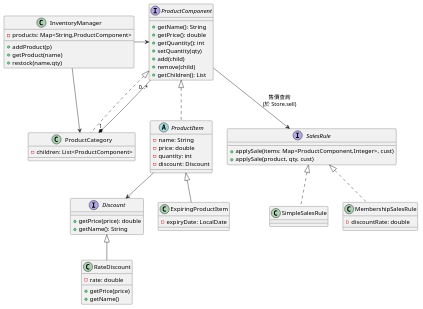
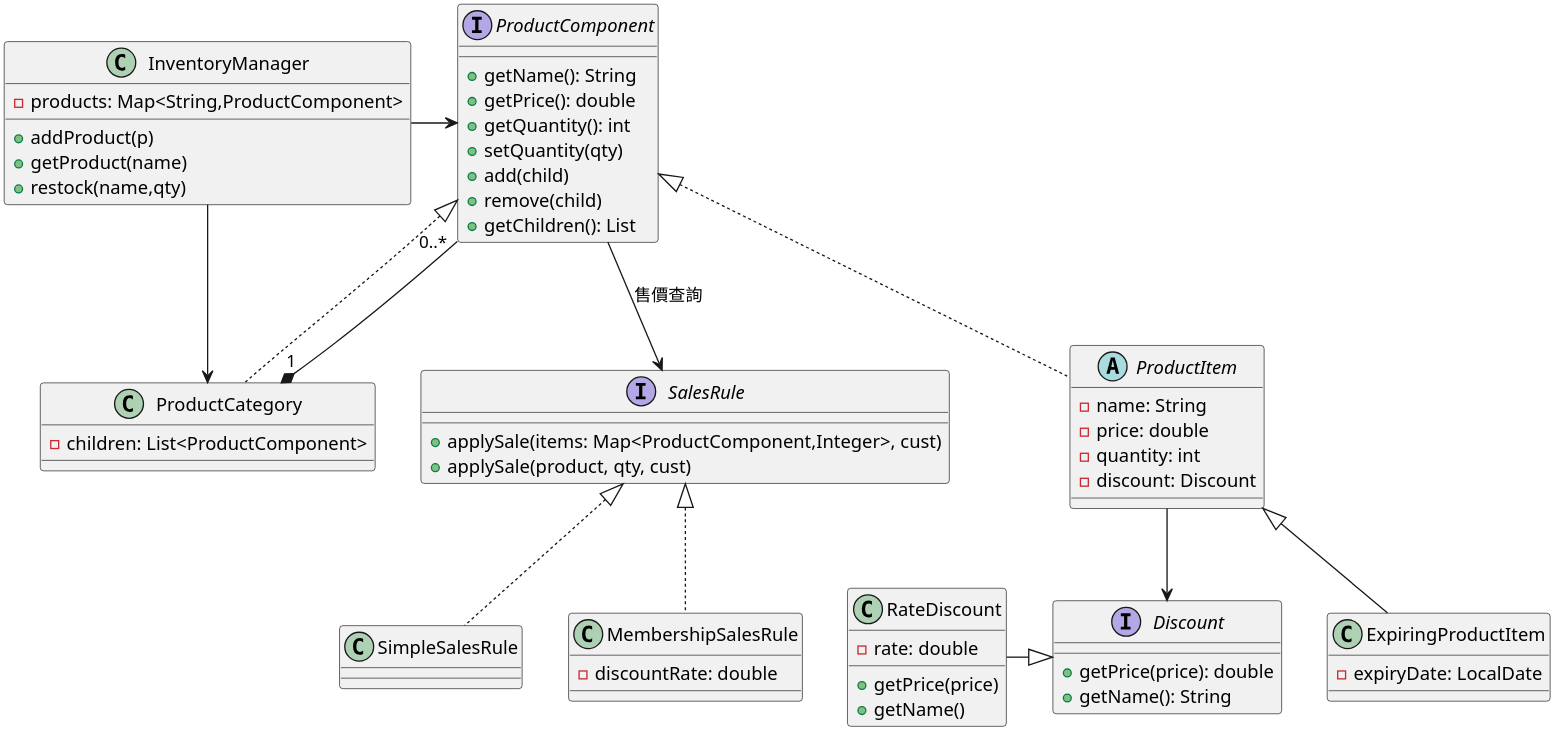
One commit to Tempest0220/Store-Master changed the first of 4 diagrams in class diagrams.puml. Above: the diagram before and after it, drawn with PlantUML. The commit also changed other lines of this file and 2 other files, not shown here.

```diff
--- a/class diagrams.puml
+++ b/class diagrams.puml
@@ -1,67 +1,64 @@
 @startuml CoreFramework
-
-' ===== 折扣策略 =====
+skinparam dpi 300
 interface Discount {
   +getPrice(price): double
   +getName(): String
 }
-class RateDiscount extends Discount{
+class RateDiscount{
   -rate: double
   +getPrice(price)
   +getName()
 }
+RateDiscount -|> Discount
 
-' ===== 商品 Composite =====
 interface ProductComponent {
   +getName(): String
   +getPrice(): double
   +getQuantity(): int
   +setQuantity(qty)
   +add(child)
   +remove(child)
   +getChildren(): List
 }
 
 abstract class ProductItem implements ProductComponent {
   -name: String
   -price: double
   -quantity: int
   -discount: Discount
 }
 
 class ExpiringProductItem extends ProductItem {
   -expiryDate: LocalDate
 }
 
 class ProductCategory implements ProductComponent {
   -children: List<ProductComponent>
 }
 
 ProductCategory "1" *-- "0..*" ProductComponent
 ProductItem --> Discount
 
-' ===== 庫存 =====
 class InventoryManager {
   -products: Map<String,ProductComponent>
   +addProduct(p)
   +getProduct(name)
   +restock(name,qty)
 }
 InventoryManager --> ProductCategory
 InventoryManager -> ProductComponent
 
-' ===== 計價策略 =====
 interface SalesRule {
   +applySale(items: Map<ProductComponent,Integer>, cust)
   +applySale(product, qty, cust)
 }
 class SimpleSalesRule
 class MembershipSalesRule {
   -discountRate: double
 }
 SalesRule <|.. SimpleSalesRule
 SalesRule <|.. MembershipSalesRule
 
-ProductComponent --> SalesRule : 售價查詢\n(於 Store.sell)
+ProductComponent --> SalesRule : 售價查詢
 
 @enduml
```
